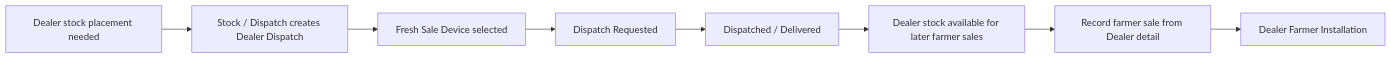
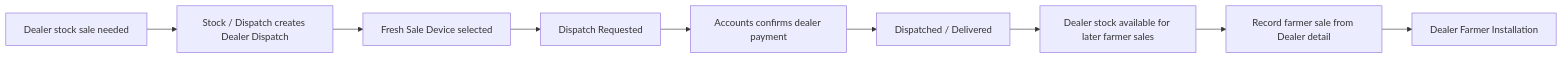
Diagram 26 of 27 in docs/ROLE_BASED_USAGE_MANUAL.md (harsha-jivawater/jiva-farm-os), drawn with Mermaid before and after one commit. The commit also changed other lines of this file and 8 other files, not shown here.

Commit message:
Require dealer payment before dispatch

````diff
--- a/docs/ROLE_BASED_USAGE_MANUAL.md
+++ b/docs/ROLE_BASED_USAGE_MANUAL.md
@@ -1087,10 +1087,11 @@
 ```mermaid
 flowchart LR
-  A["Dealer stock placement needed"] --> B["Stock / Dispatch creates Dealer Dispatch"]
+  A["Dealer stock sale needed"] --> B["Stock / Dispatch creates Dealer Dispatch"]
   B --> C["Fresh Sale Device selected"]
   C --> D["Dispatch Requested"]
-  D --> E["Dispatched / Delivered"]
-  E --> F["Dealer stock available for later farmer sales"]
-  F --> G["Record farmer sale from Dealer detail"]
+  D --> E["Accounts confirms dealer payment"]
+  E --> F["Dispatched / Delivered"]
+  F --> I["Dealer stock available for later farmer sales"]
+  I --> G["Record farmer sale from Dealer detail"]
   G --> H["Dealer Farmer Installation"]
 ```
````
